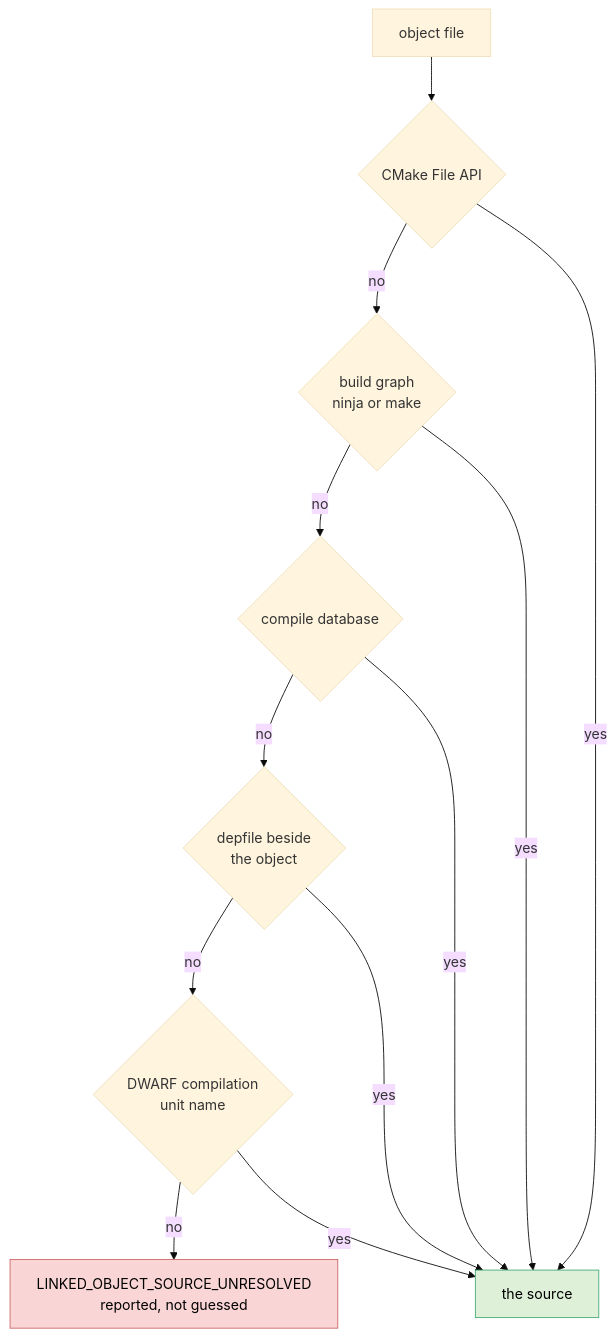
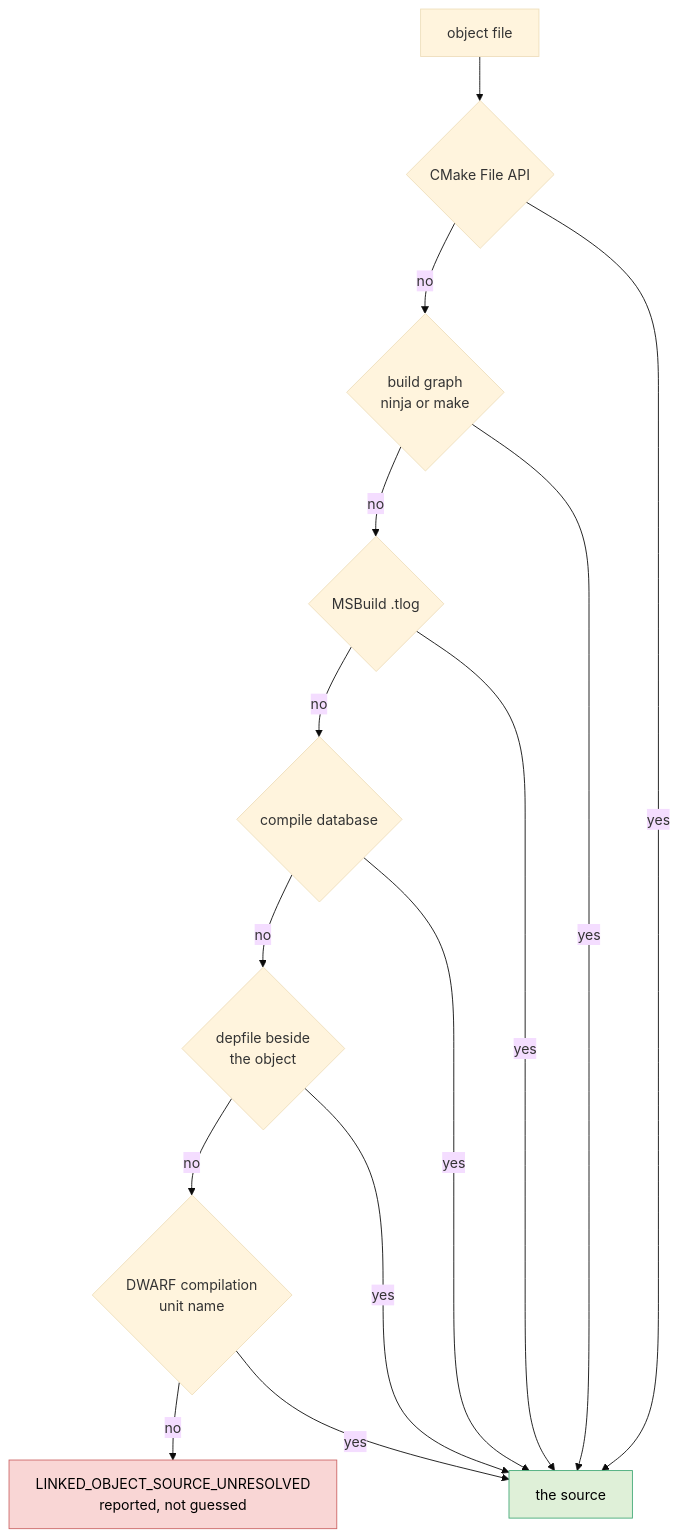
Before and after one commit to Andste82/sbomb: the fourth of 6 diagrams in docs/architecture.md, drawn with Mermaid (base theme). The commit also changed other lines of this file and 12 other files, not shown here.

````diff
--- a/docs/architecture.md
+++ b/docs/architecture.md
@@ -123,28 +127,31 @@
 ```mermaid
 flowchart TB
     O["object file"]
     S1{"CMake File API"}
     S2{"build graph<br/>ninja or make"}
-    S3{"compile database"}
-    S4{"depfile beside<br/>the object"}
-    S5{"DWARF compilation<br/>unit name"}
+    S3{"MSBuild .tlog"}
+    S4{"compile database"}
+    S5{"depfile beside<br/>the object"}
+    S6{"DWARF compilation<br/>unit name"}
     OK["the source"]
     F["LINKED_OBJECT_SOURCE_UNRESOLVED<br/>reported, not guessed"]
 
     O --> S1
     S1 -->|no| S2
     S2 -->|no| S3
     S3 -->|no| S4
     S4 -->|no| S5
-    S5 -->|no| F
+    S5 -->|no| S6
+    S6 -->|no| F
     S1 -->|yes| OK
     S2 -->|yes| OK
     S3 -->|yes| OK
     S4 -->|yes| OK
     S5 -->|yes| OK
+    S6 -->|yes| OK
 
     classDef good fill:#dff0d8,stroke:#4a7,color:#000
     classDef bad fill:#f9d6d5,stroke:#c66,color:#000
     class OK good
     class F bad
 ```
````
